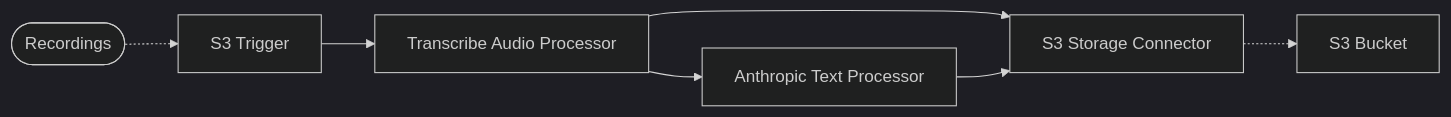
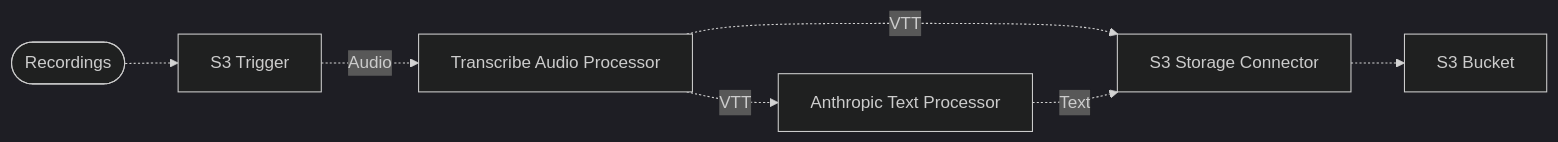
The diagram in examples/simple-pipelines/summarization-pipelines/audio-recording-summarization-pipeline/README.md (awslabs/project-lakechain), drawn with Mermaid (dark theme) before and after one commit. The commit also changed 370 other files, not shown here.

````diff
--- a/examples/simple-pipelines/summarization-pipelines/audio-recording-summarization-pipeline/README.md
+++ b/examples/simple-pipelines/summarization-pipelines/audio-recording-summarization-pipeline/README.md
@@ -7,9 +7,9 @@
 ```mermaid
 flowchart LR
   Input([Recordings]) -.-> Trigger[S3 Trigger]
-  Trigger --> Transcribe[Transcribe Audio Processor]
-  Transcribe --> Anthropic[Anthropic Text Processor]
-  Transcribe --> S3[S3 Storage Connector]
-  Anthropic --> S3[S3 Storage Connector]
+  Trigger -. Audio .-> Transcribe[Transcribe Audio Processor]
+  Transcribe -. VTT .-> Anthropic[Anthropic Text Processor]
+  Transcribe -. VTT .-> S3[S3 Storage Connector]
+  Anthropic -. Text .-> S3[S3 Storage Connector]
   S3 -.-> Bucket[S3 Bucket]
 ```
````
